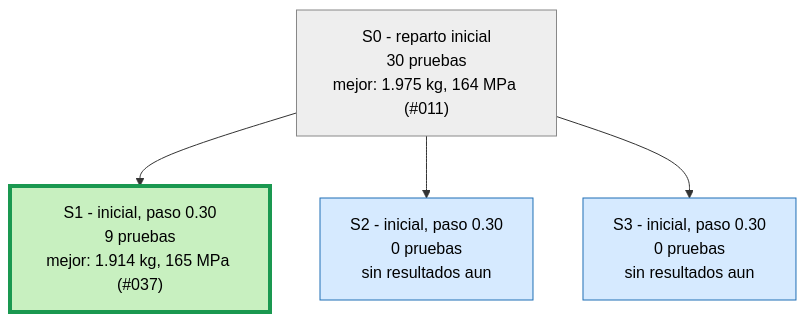
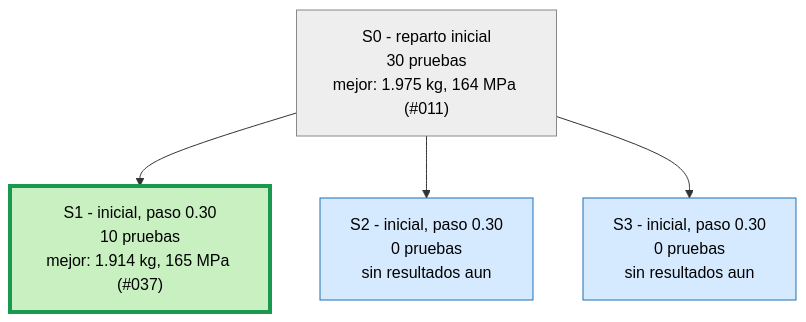
Before and after one commit to Hugiko/msd-soporte-optimizacion: the first of 4 diagrams in runs/opt_37800N/ARBOL.md, drawn with Mermaid. The commit also changed 43 other files, not shown here.

````diff
--- a/runs/opt_37800N/ARBOL.md
+++ b/runs/opt_37800N/ARBOL.md
@@ -9,13 +9,13 @@
 ```mermaid
 graph TD
 classDef activa fill:#d6eaff,stroke:#1f6fb5,color:#000
 classDef fin fill:#eeeeee,stroke:#888,color:#000
 classDef mejor fill:#c8f0c0,stroke:#1a9850,stroke-width:4px,color:#000
 S0["S0 - reparto inicial<br/>30 pruebas<br/>mejor: 1.975 kg, 164 MPa (#011)"]:::fin
-S1["S1 - inicial, paso 0.30<br/>9 pruebas<br/>mejor: 1.914 kg, 165 MPa (#037)"]:::mejor
+S1["S1 - inicial, paso 0.30<br/>10 pruebas<br/>mejor: 1.914 kg, 165 MPa (#037)"]:::mejor
 S0 --> S1
 S2["S2 - inicial, paso 0.30<br/>0 pruebas<br/>sin resultados aun"]:::activa
 S0 --> S2
 S3["S3 - inicial, paso 0.30<br/>0 pruebas<br/>sin resultados aun"]:::activa
 S0 --> S3
 ```
````
